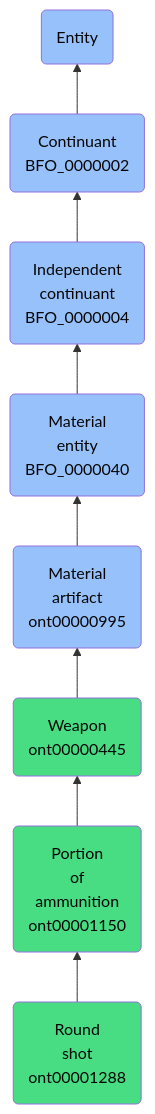
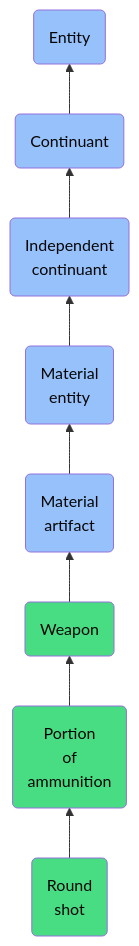
The diagram in docs/ontology/reference/model/Entity/Continuant/Independent continuant/Material entity/Material artifact/Weapon/Portion of ammunition/Round shot/Round shot.md (jupyter-naas/abi), drawn with Mermaid before and after one commit. The commit also changed other lines of this file and 1430 other files, not shown here.

````diff
--- a/docs/ontology/reference/model/Entity/Continuant/Independent continuant/Material entity/Material artifact/Weapon/Portion of ammunition/Round shot/Round shot.md
+++ b/docs/ontology/reference/model/Entity/Continuant/Independent continuant/Material entity/Material artifact/Weapon/Portion of ammunition/Round shot/Round shot.md
@@ -24,15 +24,15 @@
 ```mermaid
 graph BT
-    ont00001288(Round<br>shot<br>ont00001288):::ABI-->ont00001150
-    ont00001150(Portion<br>of<br>ammunition<br>ont00001150):::ABI-->ont00000445
-    ont00000445(Weapon<br>ont00000445):::ABI-->ont00000995
-    ont00000995(Material<br>artifact<br>ont00000995):::BFO-->BFO_0000040
-    BFO_0000040(Material<br>entity<br>BFO_0000040):::BFO-->BFO_0000004
-    BFO_0000004(Independent<br>continuant<br>BFO_0000004):::BFO-->BFO_0000002
-    BFO_0000002(Continuant<br>BFO_0000002):::BFO-->BFO_0000001
+    ont00001288(Round<br>shot):::ABI-->ont00001150
+    ont00001150(Portion<br>of<br>ammunition):::ABI-->ont00000445
+    ont00000445(Weapon):::ABI-->ont00000995
+    ont00000995(Material<br>artifact):::BFO-->BFO_0000040
+    BFO_0000040(Material<br>entity):::BFO-->BFO_0000004
+    BFO_0000004(Independent<br>continuant):::BFO-->BFO_0000002
+    BFO_0000002(Continuant):::BFO-->BFO_0000001
     BFO_0000001(Entity):::BFO
     
     classDef BFO fill:#97c1fb,color:#060606
     classDef CCO fill:#e4c51e,color:#060606
     classDef ABI fill:#48DD82,color:#060606
 ```
````
